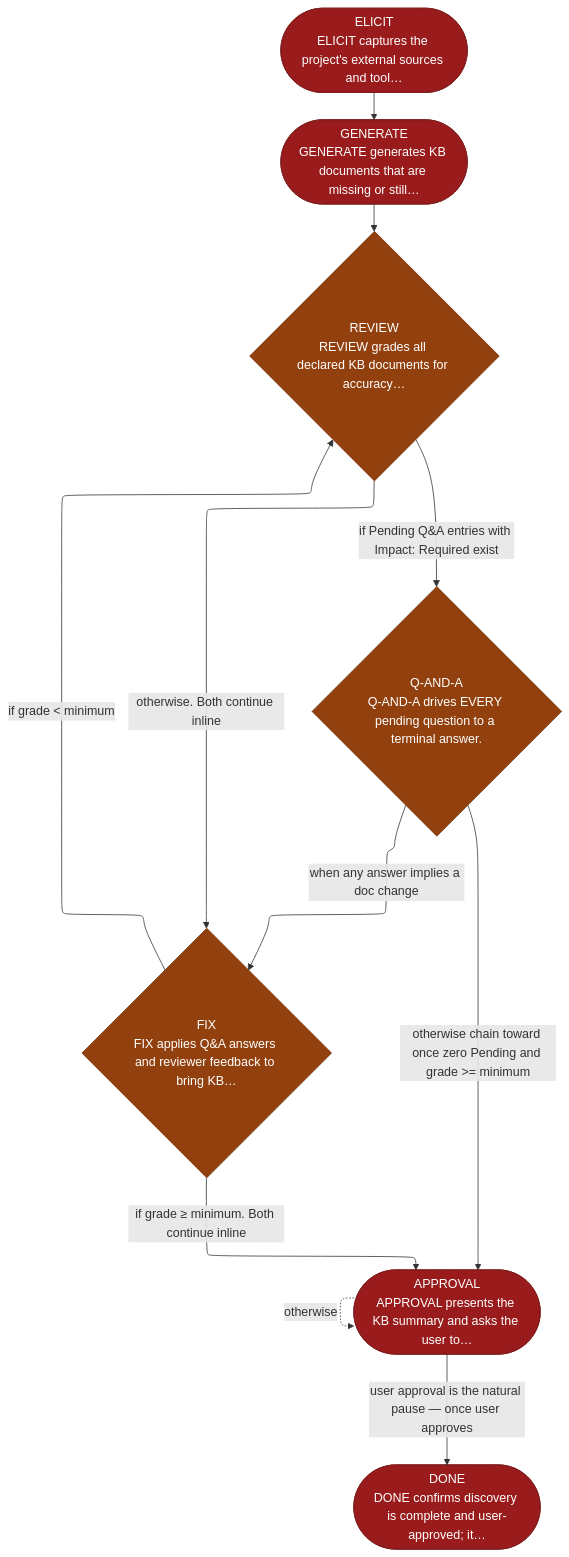
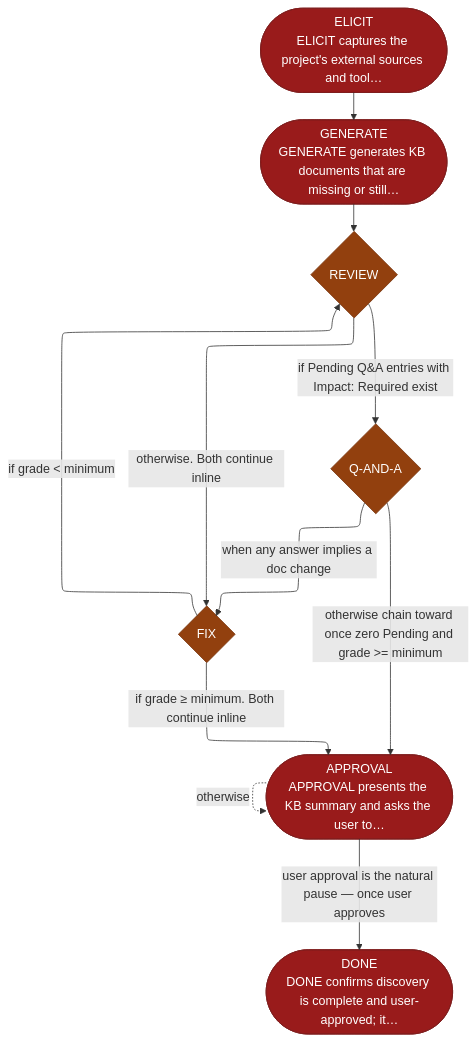
Before and after one commit to AndreVianna/aid-methodology: the diagram in site/src/content/docs/skills/aid-discover.md, drawn with Mermaid. The commit also changed 11 other files, not shown here.

````diff
--- a/site/src/content/docs/skills/aid-discover.md
+++ b/site/src/content/docs/skills/aid-discover.md
@@ -20,49 +20,49 @@
 ```mermaid
 ---
 config:
   layout: elk
   flowchart:
     nodeSpacing: 55
     rankSpacing: 65
     padding: 12
     useMaxWidth: true
 ---
 flowchart TB
   classDef aidNode color:#fff
   classDef aidEntry fill:#166534,stroke:#14532d,color:#fff
   classDef aidExit fill:#991b1b,stroke:#7f1d1d,color:#fff
   classDef aidDecision fill:#92400e,stroke:#78350f,color:#fff
   classDef aidLoopBack fill:#1e3a8a,stroke:#1e3a8a,color:#fff
   classDef aidStep fill:#1a2035,stroke:#d4a853,color:#f1f5f9
   n1(["ELICIT<br/>ELICIT captures the project's external sources and tool…"])
   n2(["GENERATE<br/>GENERATE generates KB documents that are missing or still…"])
-  n3{"REVIEW<br/>REVIEW grades all declared KB documents for accuracy…"}
-  n4{"Q-AND-A<br/>Q-AND-A drives EVERY pending question to a terminal answer."}
-  n5{"FIX<br/>FIX applies Q&amp;A answers and reviewer feedback to bring KB…"}
+  n3{"REVIEW"}
+  n4{"Q-AND-A"}
+  n5{"FIX"}
   n6(["APPROVAL<br/>APPROVAL presents the KB summary and asks the user to…"])
   n7(["DONE<br/>DONE confirms discovery is complete and user-approved; it…"])
   n1 --> n2
   n2 --> n3
   n3 -->|"if Pending Q&amp;A entries with Impact: Required exist"| n4
   n3 -->|"otherwise. Both continue inline"| n5
   n4 -->|"when any answer implies a doc change"| n5
   n4 -->|"otherwise chain toward once zero Pending and grade &gt;= minimum"| n6
   n5 -->|"if grade &lt; minimum"| n3
   n5 -->|"if grade ≥ minimum. Both continue inline"| n6
   n6 -. "otherwise" .-> n6
   n6 -->|"user approval is the natural pause — once user approves"| n7
   class n1 aidExit
   class n2 aidExit
   class n3 aidDecision
   class n4 aidDecision
   class n5 aidDecision
   class n6 aidExit
   class n7 aidExit
   class n1 aidNode
   class n2 aidNode
   class n3 aidNode
   class n4 aidNode
   class n5 aidNode
   class n6 aidNode
   class n7 aidNode
 ```
````
